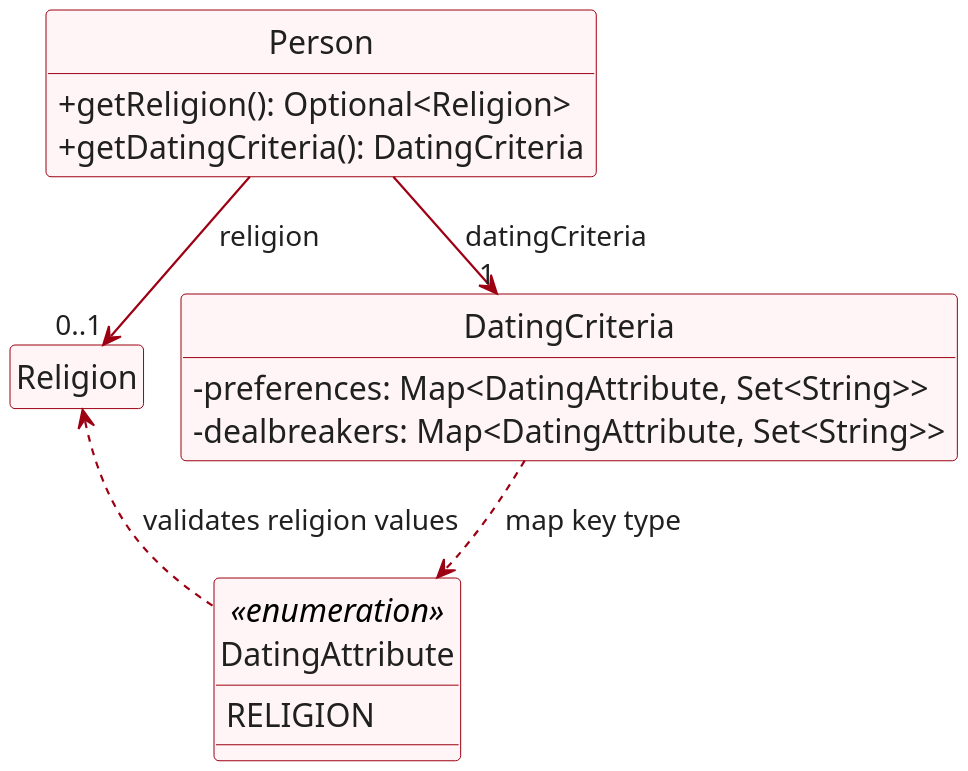
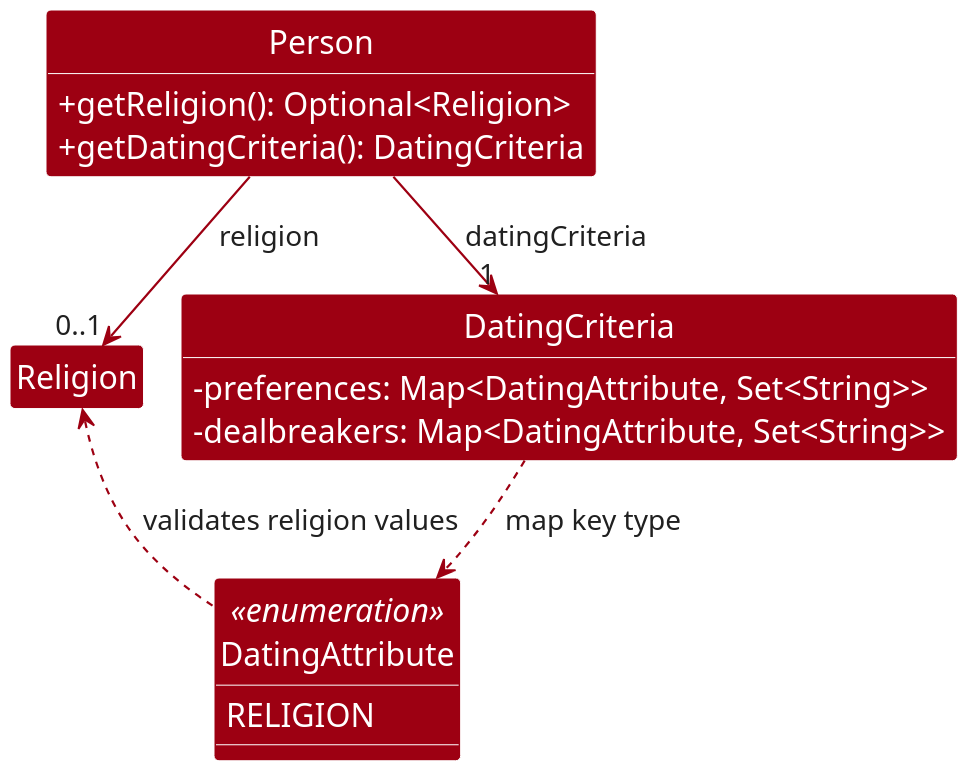
Before and after one commit to AY2627S1-CS2103T-W09-1/tp: the diagram in docs/diagrams/ReligionCriteriaClassDiagram.puml, drawn with PlantUML. The commit also changed 15 other files, not shown here.

First line of the commit message:
Make the DG diagrams consistent and fix their loop guards

```diff
--- a/docs/diagrams/ReligionCriteriaClassDiagram.puml
+++ b/docs/diagrams/ReligionCriteriaClassDiagram.puml
@@ -1,44 +1,45 @@
 @startuml
 !pragma layout smetana
 
 skinparam dpi 192
 skinparam shadowing false
 skinparam defaultFontName Arial
 skinparam defaultFontSize 16
 skinparam arrowThickness 1.1
 skinparam arrowColor #9D0012
 skinparam arrowFontColor #202020
 skinparam arrowFontSize 14
-skinparam classBackgroundColor #FFF5F6
-skinparam classBorderColor #9D0012
-skinparam classFontColor #202020
-skinparam classAttributeFontColor #202020
+skinparam classBackgroundColor #9D0012
+skinparam classBorderColor #FFFFFF
+skinparam classFontColor #FFFFFF
+skinparam classAttributeFontColor #FFFFFF
+skinparam classStereotypeFontColor #FFFFFF
 skinparam classAttributeIconSize 0
 
 hide circle
 hide members
 
 class Person {
     +getReligion(): Optional<Religion>
     +getDatingCriteria(): DatingCriteria
 }
 class Religion
 class DatingCriteria {
     -preferences: Map<DatingAttribute, Set<String>>
     -dealbreakers: Map<DatingAttribute, Set<String>>
 }
 enum DatingAttribute <<enumeration>> {
     RELIGION
 }
 
 show Person methods
 show DatingCriteria fields
 show DatingAttribute members
 
 Person -down-> "0..1" Religion : religion
 Person -down-> "1" DatingCriteria : datingCriteria
 DatingCriteria .down.> DatingAttribute : map key type
 DatingAttribute .left.> Religion : validates religion values
 
 Religion -[hidden]right-> DatingCriteria
 @enduml
```
